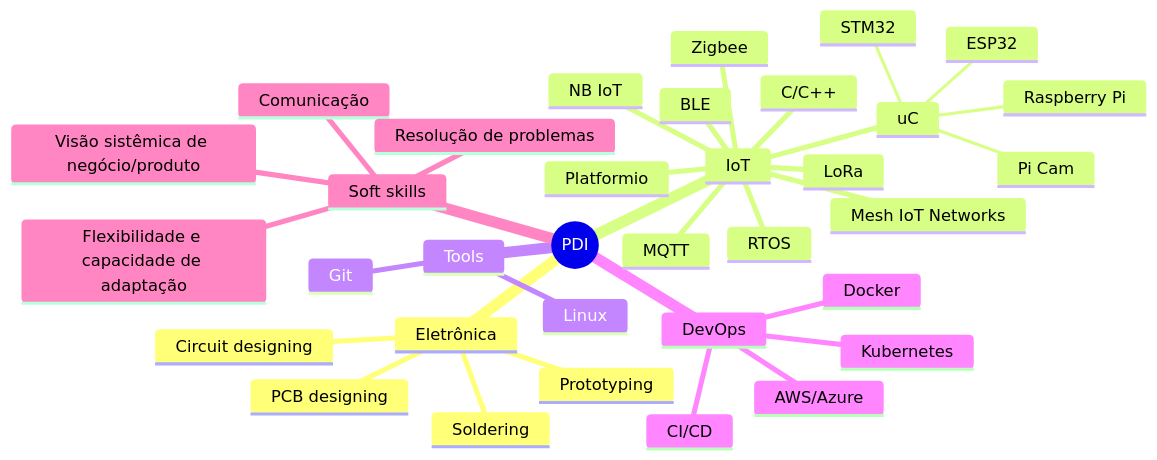
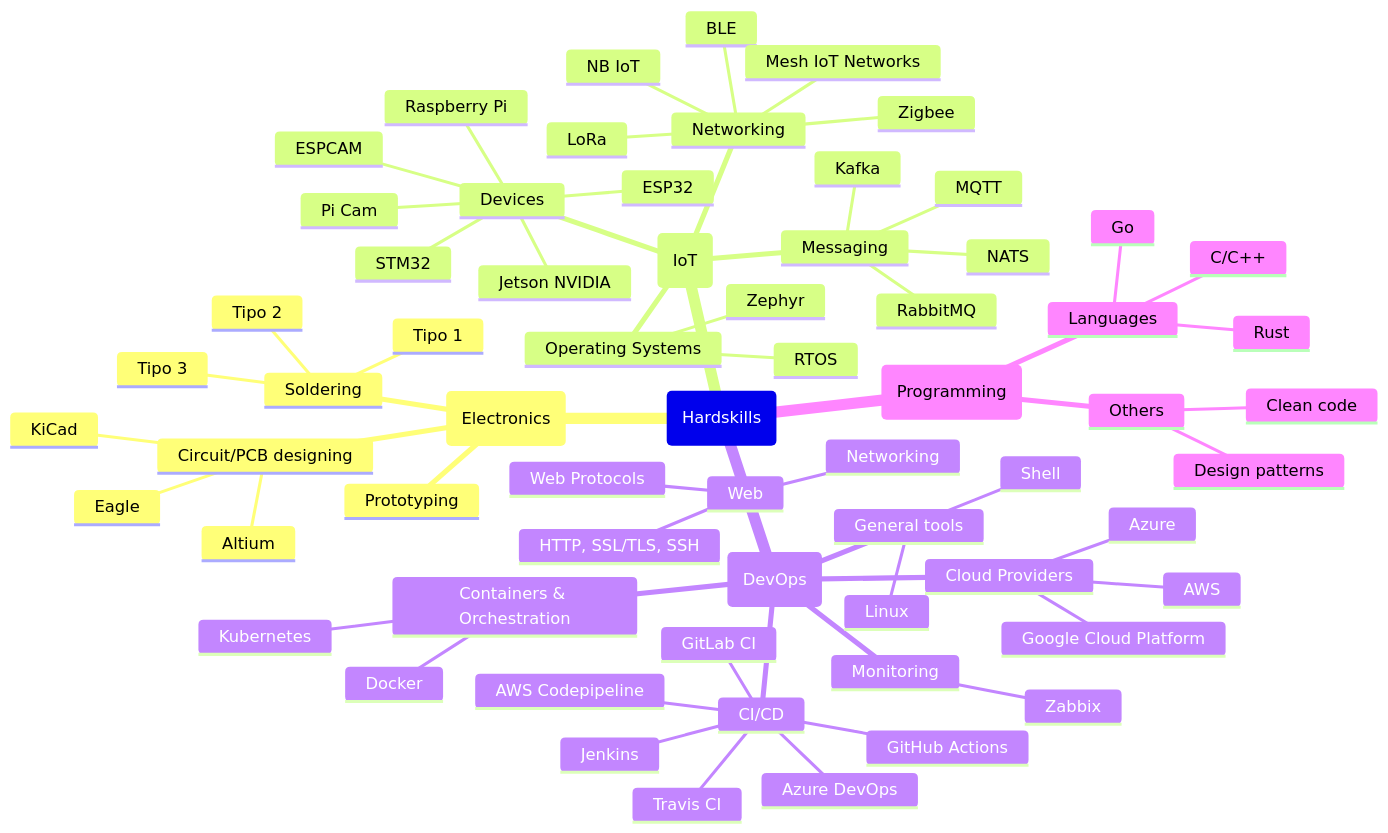
The first of 2 diagrams in README.md (taffarel55/pdi), drawn with Mermaid before and after one commit. The commit also changed other lines of this file, not shown here.

Commit message:
📄 docs: Add docs

````diff
--- a/README.md
+++ b/README.md
@@ -3,40 +9,74 @@
 ```mermaid
 mindmap
-  root((PDI))
-    Eletrônica
-    ::icon(fa fa-user)
-        Circuit designing
-        PCB designing
+  (Hardskills)
+  ::icon(fa fa-laptop)
+    (Electronics)
+    ::icon(fa fa-microchip)
+        Circuit/PCB designing
+            Altium
+            Eagle
+            KiCad
         Prototyping
         Soldering
-    IoT
-        uC
+            Tipo 1
+            Tipo 2
+            Tipo 3
+    (IoT)
+    ::icon(fa fa-cloud)
+        Devices
             Raspberry Pi
             Pi Cam
+            ESPCAM
             ESP32
             STM32
-        C/C++
-        RTOS
-        MQTT
-        LoRa
-        Zigbee
-        BLE
-        Mesh IoT Networks
-        Platformio
-        NB IoT
-    Tools
-        Linux
-        Git
-    DevOps
-        Docker
-        Kubernetes
-        AWS/Azure
+            Jetson NVIDIA
+        Networking
+            LoRa
+            Zigbee
+            BLE
+            Mesh IoT Networks
+            NB IoT
+        Messaging
+            MQTT
+            RabbitMQ
+            Kafka
+            NATS
+        Operating Systems
+            RTOS
+            Zephyr
+    (DevOps)
+    ::icon(fa fa-infinity)
+        General tools
+            Linux
+            Shell
+        Web
+            Networking
+            Web Protocols
+            HTTP, SSL/TLS, SSH
+        Containers & Orchestration
+            Docker
+            Kubernetes
+        Cloud Providers
+            AWS
+            Azure
+            Google Cloud Platform
         CI/CD
-    Soft skills
-        Comunicação
-        Visão sistêmica de negócio/produto
-        Flexibilidade e capacidade de adaptação
-        Resolução de problemas
+            Jenkins
+            GitLab CI
+            GitHub Actions
+            Travis CI
+            AWS Codepipeline
+            Azure DevOps
+        Monitoring
+            Zabbix
+    (Programming)
+    ::icon(fa fa-book)
+        Languages
+            C/C++
+            Rust
+            Go
+        Others
+            Clean code
+            Design patterns
     
-
 ```
````
